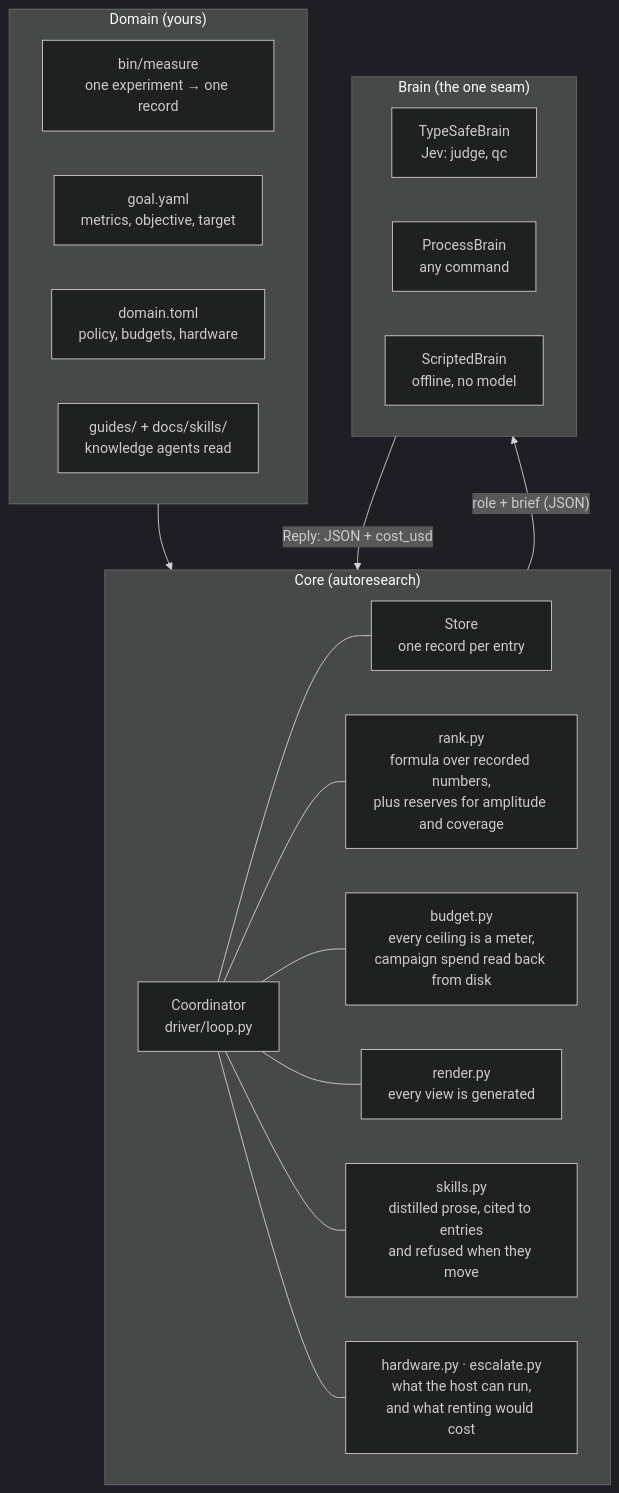
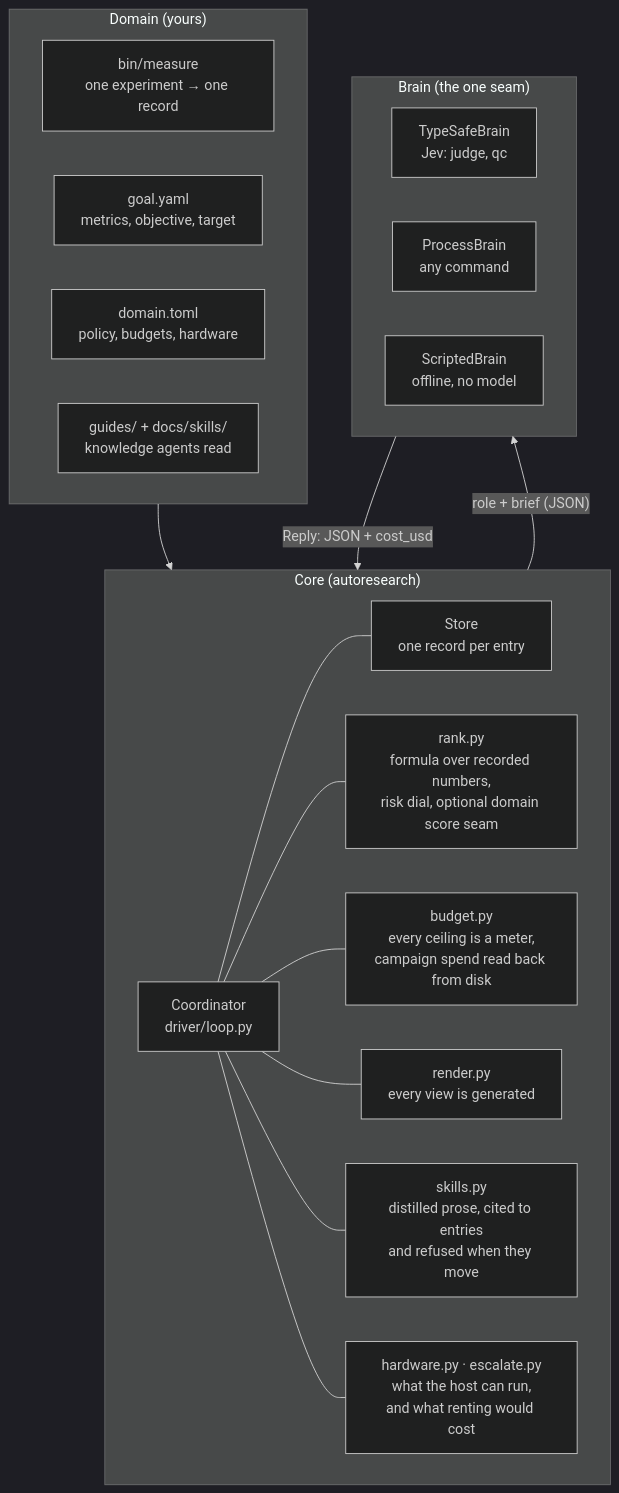
One commit to Ryun1/auto-research-toolkit changed the first of 6 diagrams in docs/ARCHITECTURE.md. Above: the diagram before and after it, drawn with Mermaid (dark theme). The commit also changed other lines of this file and 25 other files, not shown here.

````diff
--- a/docs/ARCHITECTURE.md
+++ b/docs/ARCHITECTURE.md
@@ -18,38 +19,38 @@
 ```mermaid
 flowchart TB
     subgraph domain["Domain (yours)"]
         direction LR
         measure["bin/measure<br/>one experiment → one record"]
         goal["goal.yaml<br/>metrics, objective, target"]
         policy["domain.toml<br/>policy, budgets, hardware"]
         guides["guides/ + docs/skills/<br/>knowledge agents read"]
     end
 
     subgraph core["Core (autoresearch)"]
         direction LR
         coord["Coordinator<br/>driver/loop.py"]
         store["Store<br/>one record per entry"]
-        rank["rank.py<br/>formula over recorded numbers,<br/>plus reserves for amplitude and coverage"]
+        rank["rank.py<br/>formula over recorded numbers,<br/>risk dial, optional domain score seam"]
         budget["budget.py<br/>every ceiling is a meter,<br/>campaign spend read back from disk"]
         render["render.py<br/>every view is generated"]
         skills["skills.py<br/>distilled prose, cited to entries<br/>and refused when they move"]
         hw["hardware.py · escalate.py<br/>what the host can run,<br/>and what renting would cost"]
     end
 
     subgraph brainlayer["Brain (the one seam)"]
         direction LR
         typesafe["TypeSafeBrain<br/>Jev: judge, qc"]
         process["ProcessBrain<br/>any command"]
         scripted["ScriptedBrain<br/>offline, no model"]
     end
 
     domain --> core
     core -->|"role + brief (JSON)"| brainlayer
     brainlayer -->|"Reply: JSON + cost_usd"| core
     coord --- store
     coord --- rank
     coord --- budget
     coord --- render
     coord --- skills
     coord --- hw
 ```
````
